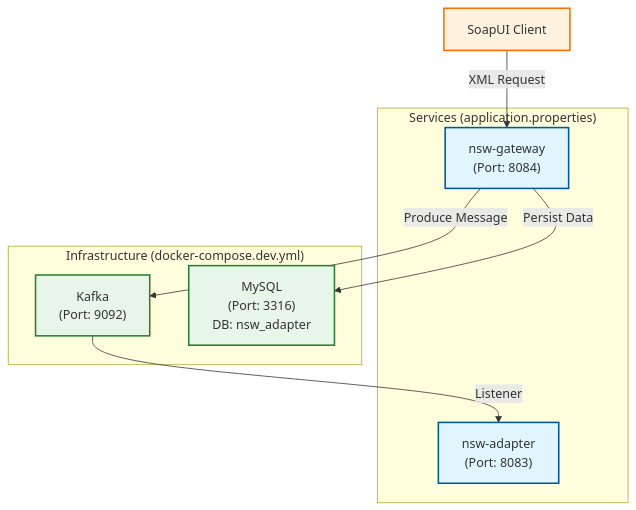
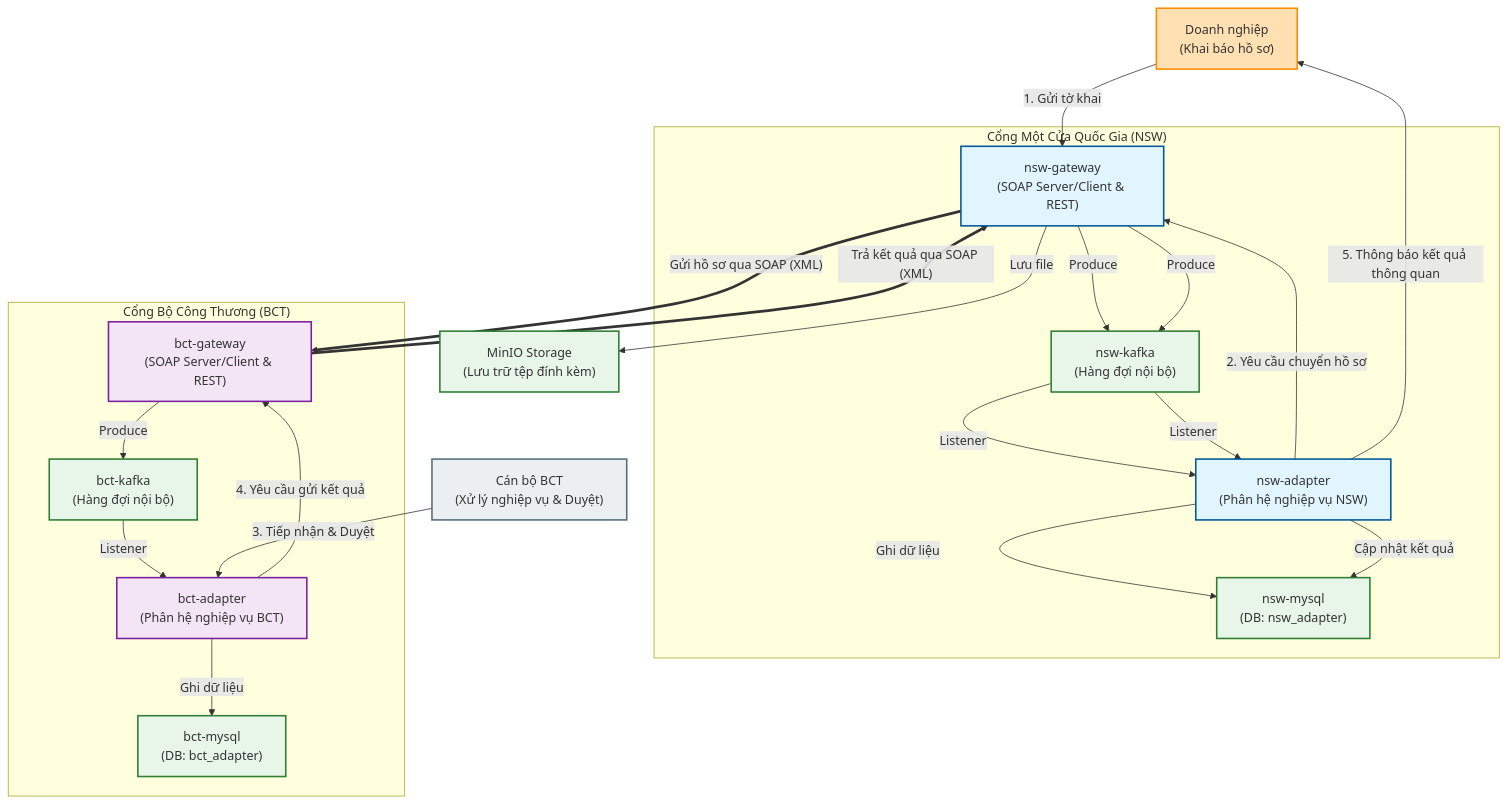
The first of 2 diagrams in README.md (min3rd/handle-multiple-service-gateway-sample), drawn with Mermaid before and after one commit. The commit also changed other lines of this file, not shown here.

Commit message:
docs: update README documentation for multiple service gateway sample

````diff
--- a/README.md
+++ b/README.md
@@ -5,26 +20,56 @@
 ```mermaid
 graph TD
     %% Styling
-    classDef service fill:#e1f5fe,stroke:#01579b,stroke-width:2px
+    classDef client fill:#ffe0b2,stroke:#fb8c00,stroke-width:2px
+    classDef nsw fill:#e1f5fe,stroke:#01579b,stroke-width:2px
+    classDef bct fill:#f3e5f5,stroke:#7b1fa2,stroke-width:2px
     classDef infra fill:#e8f5e9,stroke:#2e7d32,stroke-width:2px
-    classDef client fill:#fff3e0,stroke:#ff6f00,stroke-width:2px
+    classDef actor fill:#eceff1,stroke:#546e7a,stroke-width:2px
 
     %% Nodes
-    Client[SoapUI Client]:::client
+    DN["Doanh nghiệp<br/>(Khai báo hồ sơ)"]:::client
+    CB["Cán bộ BCT<br/>(Xử lý nghiệp vụ & Duyệt)"]:::actor
 
-    subgraph "Services (application.properties)"
-        Gateway["nsw-gateway<br/>(Port: 8084)"]:::service
-        Adapter["nsw-adapter<br/>(Port: 8083)"]:::service
+    subgraph "Cổng Một Cửa Quốc Gia (NSW)"
+        NSW_GW["nsw-gateway<br/>(SOAP Server/Client & REST)"]:::nsw
+        NSW_Kafka["nsw-kafka<br/>(Hàng đợi nội bộ)"]:::infra
+        NSW_AD["nsw-adapter<br/>(Phân hệ nghiệp vụ NSW)"]:::nsw
+        NSW_DB["nsw-mysql<br/>(DB: nsw_adapter)"]:::infra
     end
 
-    subgraph "Infrastructure (docker-compose.dev.yml)"
-        Kafka["Kafka<br/>(Port: 9092)"]:::infra
-        MySQL["MySQL<br/>(Port: 3316)<br/>DB: nsw_adapter"]:::infra
+    subgraph "Cổng Bộ Công Thương (BCT)"
+        BCT_GW["bct-gateway<br/>(SOAP Server/Client & REST)"]:::bct
+        BCT_Kafka["bct-kafka<br/>(Hàng đợi nội bộ)"]:::infra
+        BCT_AD["bct-adapter<br/>(Phân hệ nghiệp vụ BCT)"]:::bct
+        BCT_DB["bct-mysql<br/>(DB: bct_adapter)"]:::infra
     end
 
-    %% Reltionships
-    Client -- "XML Request" --> Gateway
-    Gateway -- "Produce Message" --> Kafka
-    Gateway -- "Persist Data" --> MySQL
-    Kafka -- "Listener" --> Adapter
+    MinIO["MinIO Storage<br/>(Lưu trữ tệp đính kèm)"]:::infra
+
+    %% Relationships
+    DN -- "1. Gửi tờ khai" --> NSW_GW
+    NSW_GW -- "Produce" --> NSW_Kafka
+    NSW_Kafka -- "Listener" --> NSW_AD
+    NSW_AD -- "Ghi dữ liệu" --> NSW_DB
+    NSW_GW -- "Lưu file" --> MinIO
+
+    %% Inter-portal SOAP
+    NSW_AD -- "2. Yêu cầu chuyển hồ sơ" --> NSW_GW
+    NSW_GW == "Gửi hồ sơ qua SOAP (XML)" ==> BCT_GW
+    
+    %% BCT receiving
+    BCT_GW -- "Produce" --> BCT_Kafka
+    BCT_Kafka -- "Listener" --> BCT_AD
+    BCT_AD -- "Ghi dữ liệu" --> BCT_DB
+    CB -- "3. Tiếp nhận & Duyệt" --> BCT_AD
+    
+    %% BCT sending back results
+    BCT_AD -- "4. Yêu cầu gửi kết quả" --> BCT_GW
+    BCT_GW == "Trả kết quả qua SOAP (XML)" ==> NSW_GW
+    
+    %% NSW receiving results
+    NSW_GW -- "Produce" --> NSW_Kafka
+    NSW_Kafka -- "Listener" --> NSW_AD
+    NSW_AD -- "Cập nhật kết quả" --> NSW_DB
+    NSW_AD -- "5. Thông báo kết quả thông quan" --> DN
 ```
````
